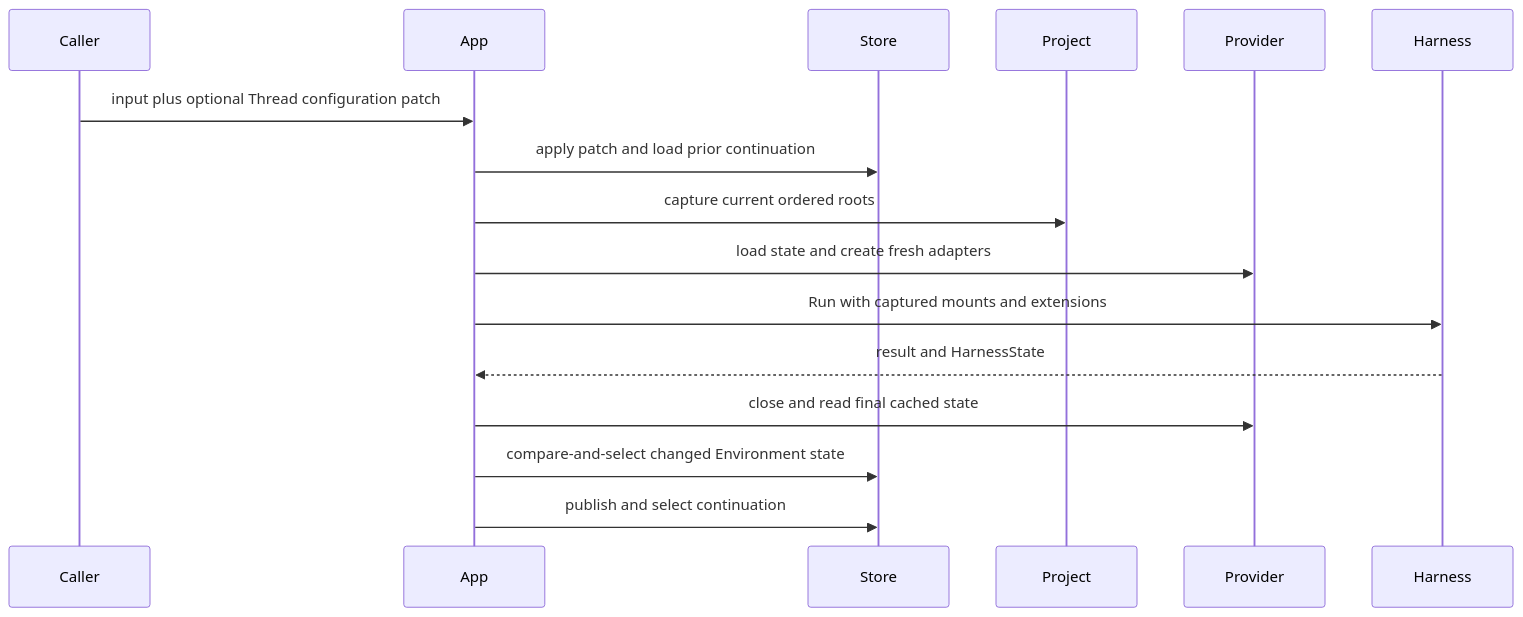
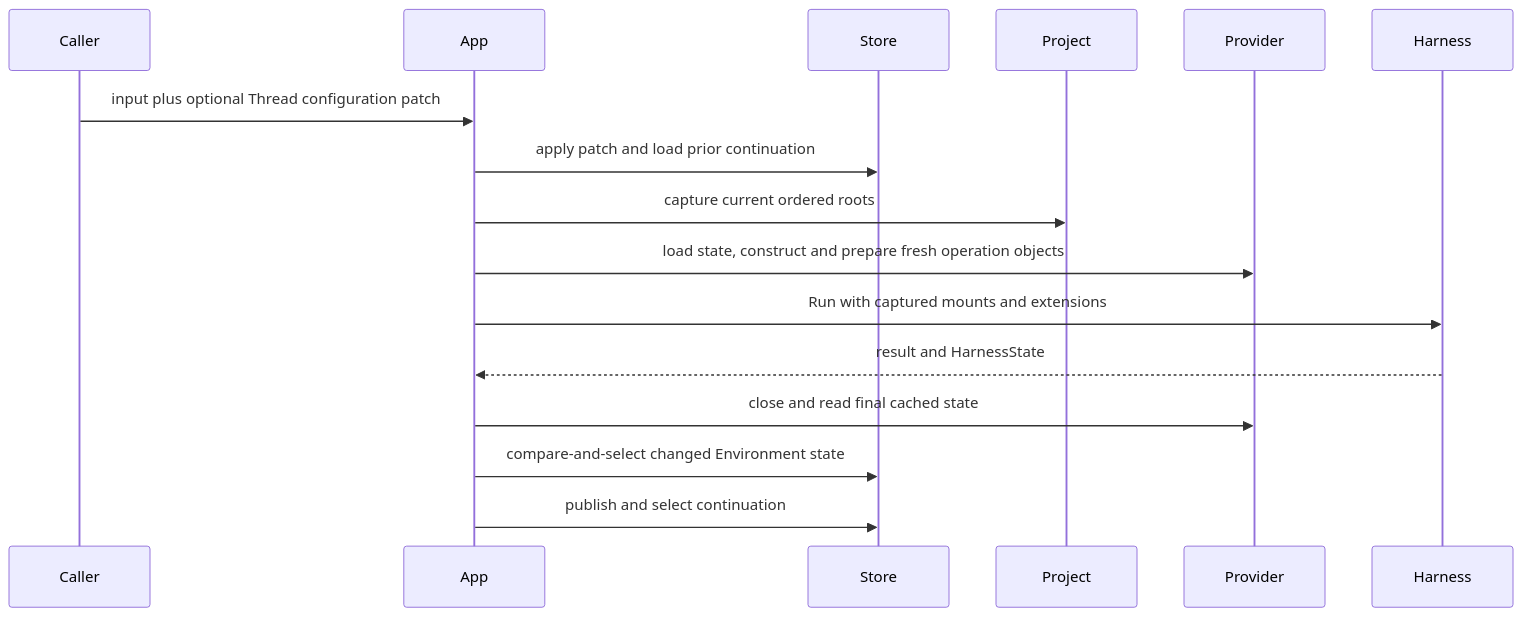
Before and after one commit to LTThreeComma/agent-foundation: the diagram in spec/agent-ui/04-projects-threads-and-environments.md, drawn with Mermaid. The commit also changed other lines of this file and 33 other files, not shown here.

````diff
--- a/spec/agent-ui/04-projects-threads-and-environments.md
+++ b/spec/agent-ui/04-projects-threads-and-environments.md
@@ -205,19 +207,19 @@
 ```mermaid
 sequenceDiagram
     participant Caller
     participant App
     participant Store
     participant Project
     participant Provider
     participant Harness
 
     Caller->>App: input plus optional Thread configuration patch
     App->>Store: apply patch and load prior continuation
     App->>Project: capture current ordered roots
-    App->>Provider: load state and create fresh adapters
+    App->>Provider: load state, construct and prepare fresh operation objects
     App->>Harness: Run with captured mounts and extensions
     Harness-->>App: result and HarnessState
     App->>Provider: close and read final cached state
     App->>Store: compare-and-select changed Environment state
     App->>Store: publish and select continuation
 ```
````
